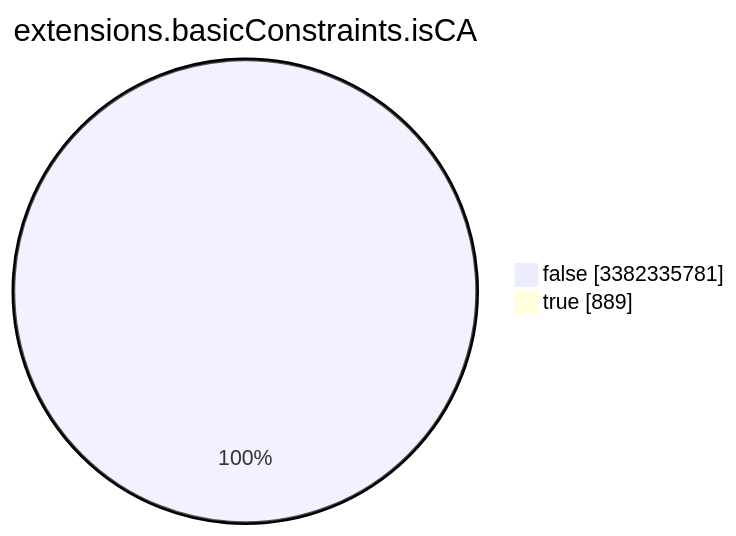
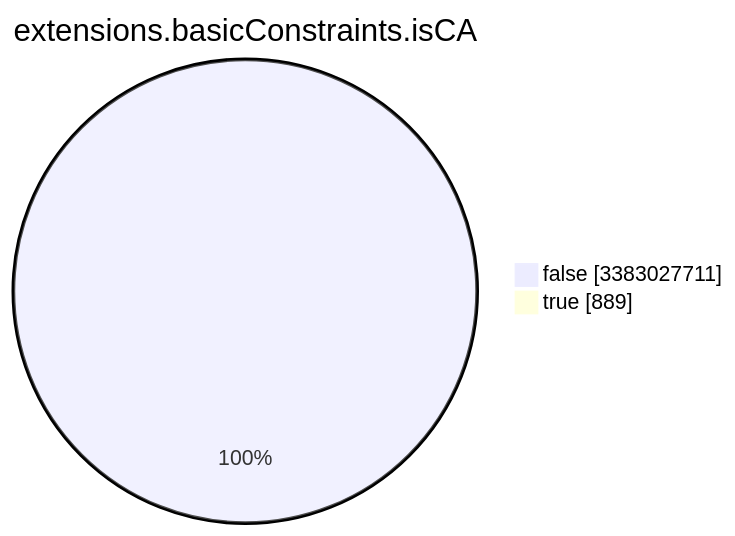
The seventh of 15 diagrams in TOTAL/README.md (christiankrug/ctmonitor_visualization), drawn with Mermaid before and after one commit. The commit also changed other lines of this file, not shown here.

````diff
--- a/TOTAL/README.md
+++ b/TOTAL/README.md
@@ -3090,6 +3090,6 @@
 ```mermaid
 pie showData
 title extensions.basicConstraints.isCA
-"false" :3382335781
+"false" :3383027711
 "true" :889
 ```
````
